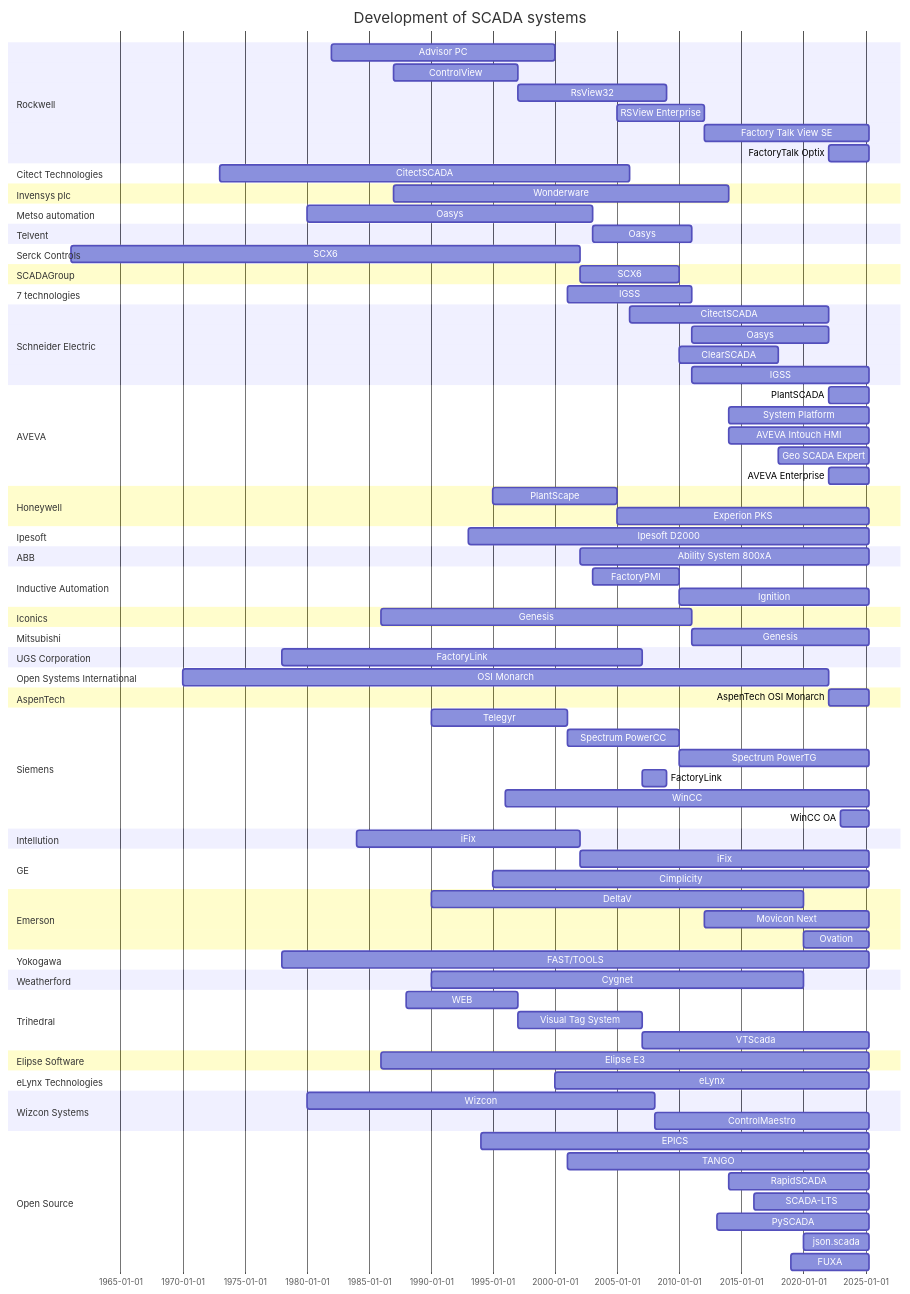
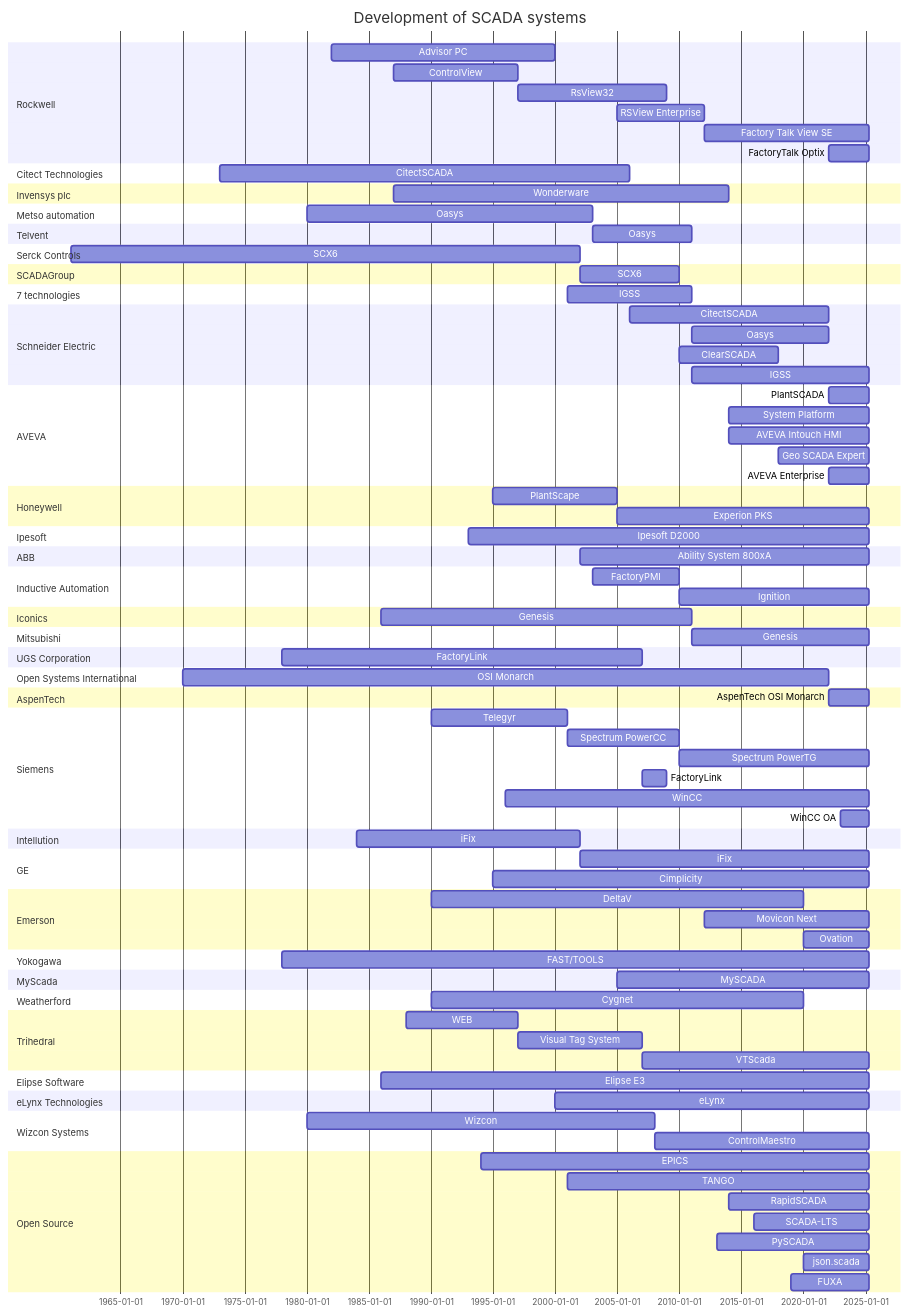
The diagram in README.md (hutcheb/scada-timeline), drawn with Mermaid before and after one commit.

Commit message:
feat: Add MySCADA

```diff
--- a/README.md
+++ b/README.md
@@ -108,6 +108,9 @@
     section Yokogawa 
         %%(https://www.yokogawa.com/au/solutions/products-and-services/lifecycle-services/scada-as-a-service/)
         FAST/TOOLS : 1978, until 2025
+    section MyScada 
+        %%(https://www.myscada.org/?gad_source=1&gclid=CjwKCAjw--K_BhB5EiwAuwYoyt0NUs6PUtTnmHe5BiQ-LWvguB-_bO55AFn8DI5Yvm9XYK23LpdgcBoCVIUQAvD_BwE)
+        MySCADA : 2005, until 2025
     section Weatherford
         %%(https://www.weatherford.com/products-and-services/production-and-intervention/production-4-0/iot-scada-platform/)
         %%(No idea)
```
